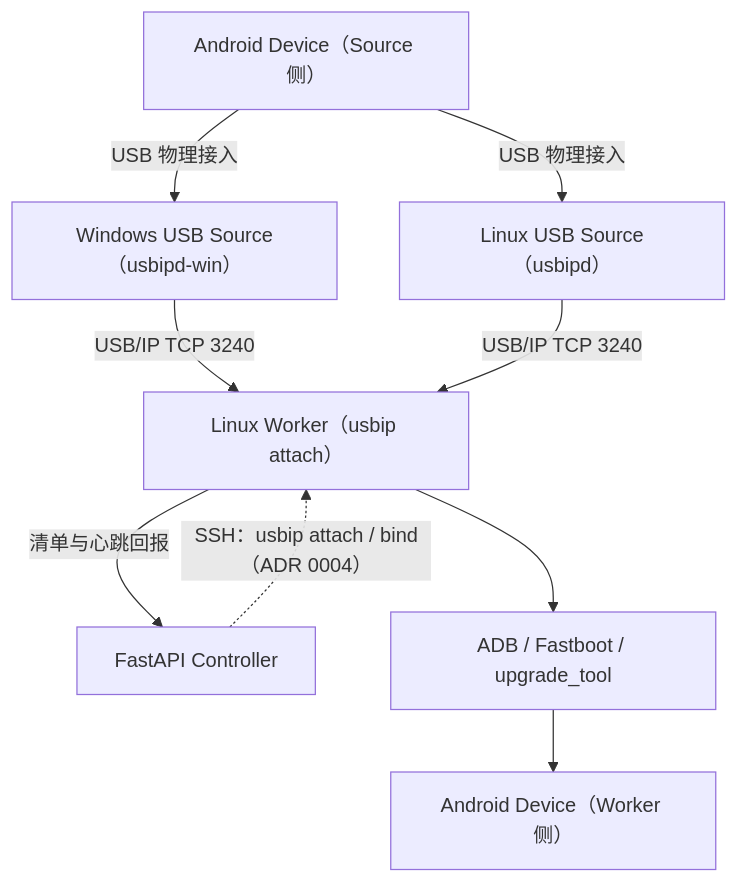
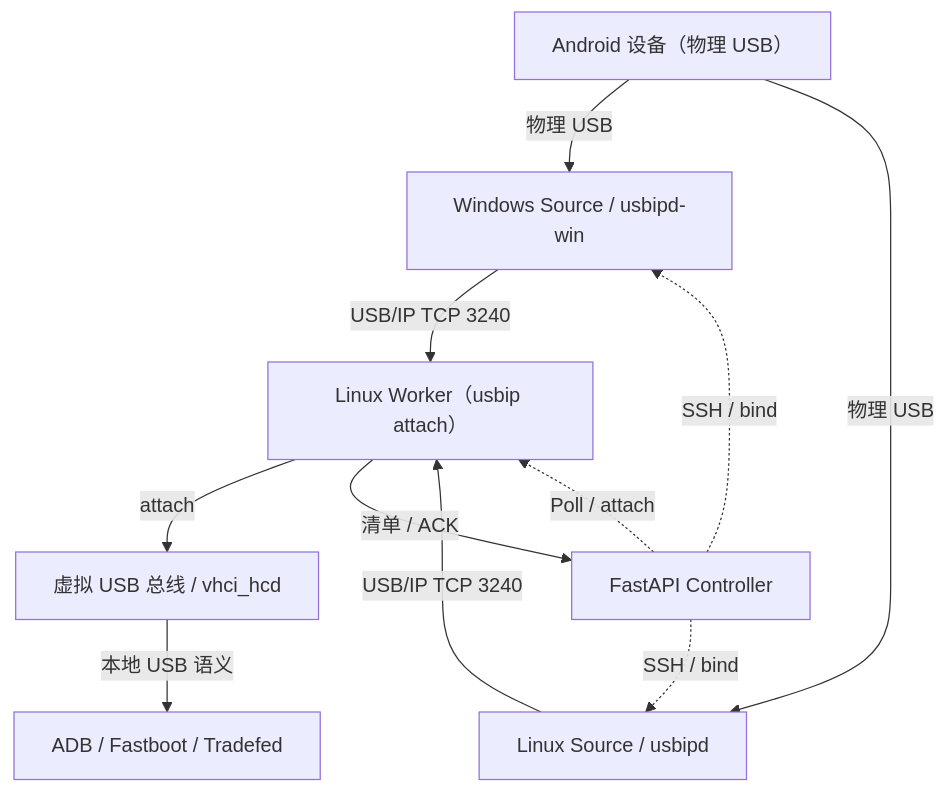
Before and after one commit to weixin1263831586/GMS_Remote_Test_Web: the diagram in docs/architecture/usbip-topology.mmd, drawn with Mermaid. The commit also changed 14 other files, not shown here.

First line of the commit message:
Architecture: add workflow views and unify diagram presentation

```diff
--- a/docs/architecture/usbip-topology.mmd
+++ b/docs/architecture/usbip-topology.mmd
@@ -1,17 +1,20 @@
+%% 设备物理连接在 Source；Worker 看到的是 vhci_hcd 虚拟 USB，不是二次物理设备。
 flowchart TB
-    DevSrc["Android Device（Source 侧）"]
-    WinSrc["Windows USB Source（usbipd-win）"]
-    LinuxSrc["Linux USB Source（usbipd）"]
+    DevSrc["Android 设备（物理 USB）"]
+    WinSrc["Windows Source / usbipd-win"]
+    LinuxSrc["Linux Source / usbipd"]
     Worker["Linux Worker（usbip attach）"]
     Ctrl["FastAPI Controller"]
-    Tools["ADB / Fastboot / upgrade_tool"]
-    DevWorker["Android Device（Worker 侧）"]
+    DevWorker["虚拟 USB 总线 / vhci_hcd"]
+    Tools["ADB / Fastboot / Tradefed"]
 
-    DevSrc -->|"USB 物理接入"| WinSrc
-    DevSrc -->|"USB 物理接入"| LinuxSrc
+    DevSrc -->|"物理 USB"| WinSrc
+    DevSrc -->|"物理 USB"| LinuxSrc
     WinSrc -->|"USB/IP TCP 3240"| Worker
     LinuxSrc -->|"USB/IP TCP 3240"| Worker
-    Worker --> Tools
-    Tools --> DevWorker
-    Ctrl -.->|"SSH：usbip attach / bind（ADR 0004）"| Worker
-    Worker -->|"清单与心跳回报"| Ctrl
+    Worker -->|"attach"| DevWorker
+    DevWorker -->|"本地 USB 语义"| Tools
+    Ctrl -.->|"SSH / bind"| WinSrc
+    Ctrl -.->|"SSH / bind"| LinuxSrc
+    Ctrl -.->|"Poll / attach"| Worker
+    Worker -->|"清单 / ACK"| Ctrl
```
